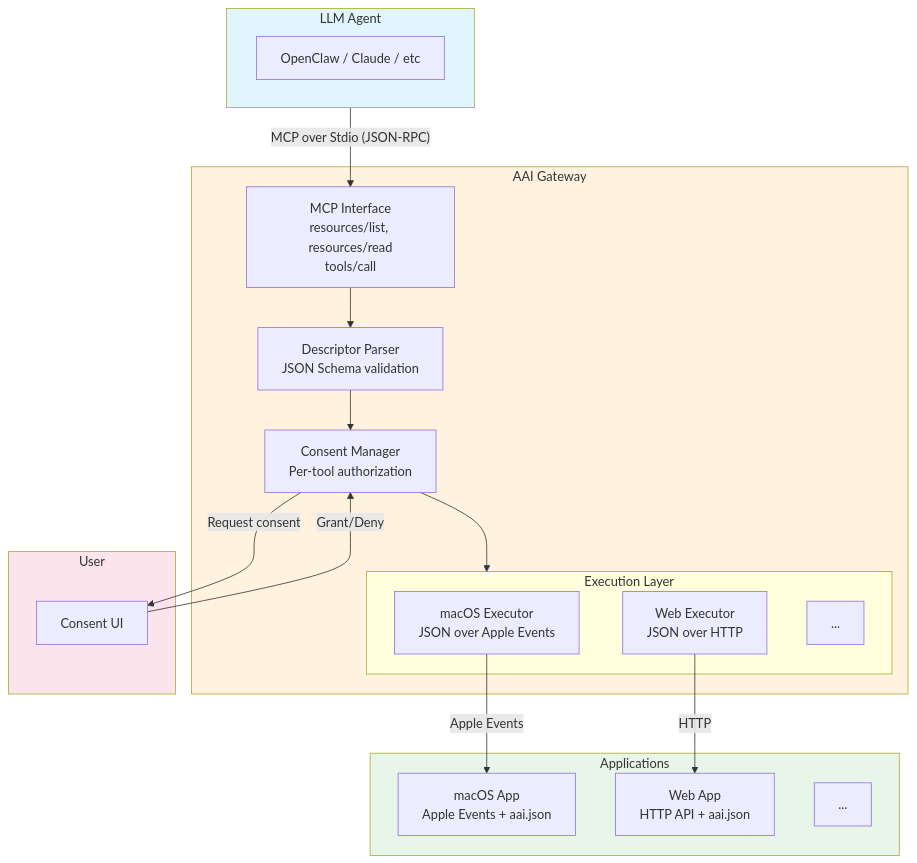
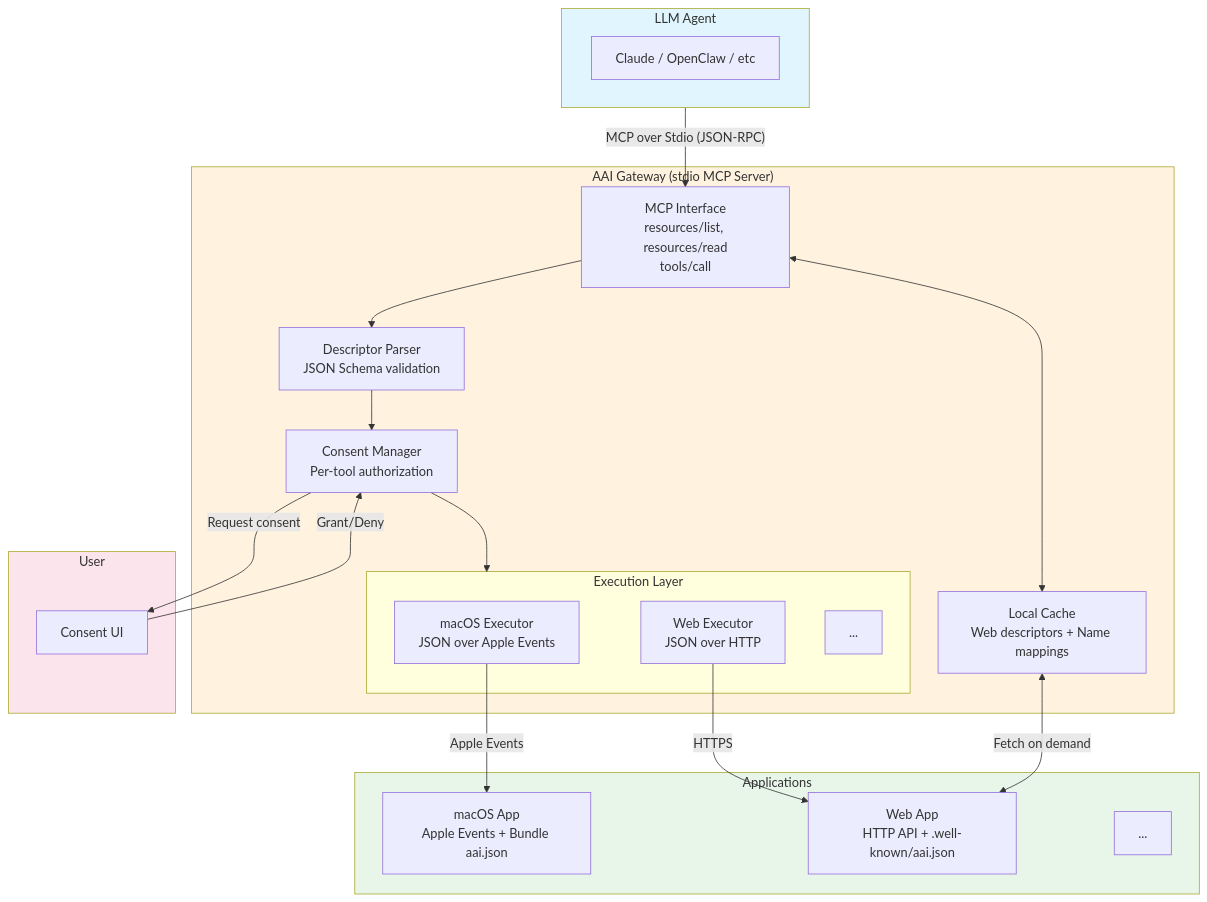
Before and after one commit to gybob/aai-protocol: the diagram in spec/architecture.md, drawn with Mermaid. The commit also changed other lines of this file and 5 other files, not shown here.

````diff
--- a/spec/architecture.md
+++ b/spec/architecture.md
@@ -5,42 +5,45 @@
 ```mermaid
 flowchart TB
     subgraph Agent["LLM Agent"]
-        A1[OpenClaw / Claude / etc]
+        A1[Claude / OpenClaw / etc]
     end
 
-    subgraph Gateway["AAI Gateway"]
+    subgraph Gateway["AAI Gateway (stdio MCP Server)"]
         G1["MCP Interface<br/>resources/list, resources/read<br/>tools/call"]
         G2["Descriptor Parser<br/>JSON Schema validation"]
         G3["Consent Manager<br/>Per-tool authorization"]
         G4["Execution Layer"]
-        
+        G5["Local Cache<br/>Web descriptors + Name mappings"]
+
         subgraph G4["Execution Layer"]
             E1["macOS Executor<br/>JSON over Apple Events"]
             E2["Web Executor<br/>JSON over HTTP"]
             E3["..."]
         end
-        
+
         G1 --> G2 --> G3 --> G4
+        G1 <--> G5
     end
 
     subgraph User["User"]
         U1["Consent UI"]
     end
 
     subgraph Apps["Applications"]
-        D1["macOS App<br/>Apple Events + aai.json"]
-        W1["Web App<br/>HTTP API + aai.json"]
+        D1["macOS App<br/>Apple Events + Bundle aai.json"]
+        W1["Web App<br/>HTTP API + .well-known/aai.json"]
         X1["..."]
     end
 
     Agent -->|"MCP over Stdio (JSON-RPC)"| G1
     G3 -->|"Request consent"| U1
     U1 -->|"Grant/Deny"| G3
     E1 -->|"Apple Events"| D1
-    E2 -->|"HTTP"| W1
+    E2 -->|"HTTPS"| W1
+    G5 <-->|"Fetch on demand"| W1
 
     style Agent fill:#e1f5fe
     style Gateway fill:#fff3e0
     style Apps fill:#e8f5e9
     style User fill:#fce4ec
 ```
````
